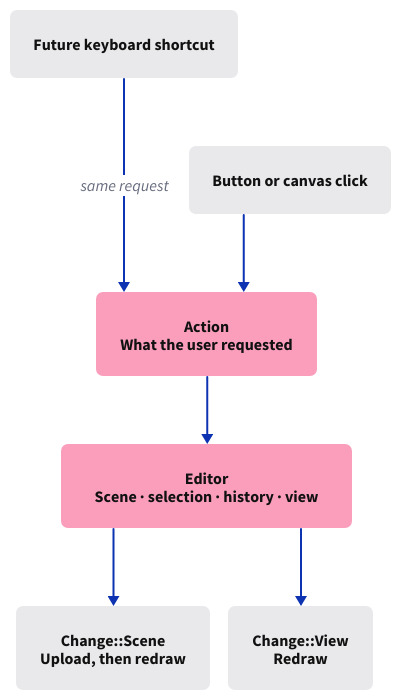
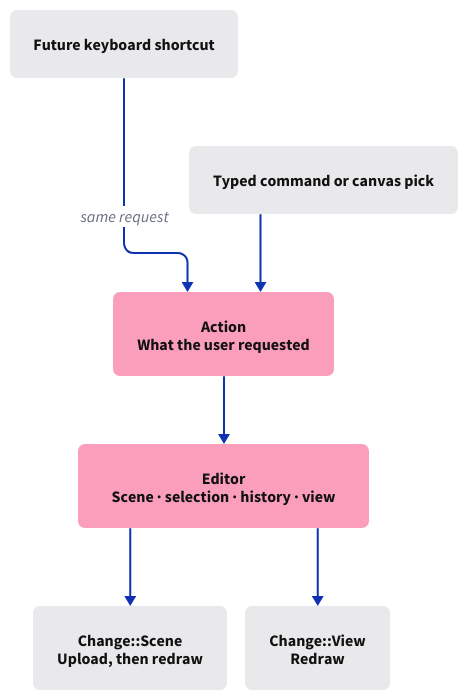
Before and after one commit to petrasvestartas/session: the diagram in session_viewer/docs/diagrams/journey-19.d2, drawn with D2. The commit also changed 363 other files, not shown here.

```diff
--- a/session_viewer/docs/diagrams/journey-19.d2
+++ b/session_viewer/docs/diagrams/journey-19.d2
@@ -1,18 +1,18 @@
 vars: { d2-config: { layout-engine: elk; pad: 20; theme-id: 0 } }
 style: { fill: "#ffffff" }
 classes: {
   box: { style: { fill: "#e9e9ec"; stroke: "#e9e9ec"; border-radius: 6; font-size: 16; font-color: "#111111" } }
   focus: { style: { fill: "#fa9ebc"; stroke: "#fa9ebc"; border-radius: 6; font-size: 16; font-color: "#111111" } }
 }
 direction: down
-button: "Button or canvas click" {class: box}
+button: "Typed command or canvas pick" {class: box}
 keyboard: "Future keyboard shortcut" {class: box}
 action: "Action\nWhat the user requested" {class: focus}
 editor: "Editor\nScene · selection · history · view" {class: focus}
 scene: "Change::Scene\nUpload, then redraw" {class: box}
 view: "Change::View\nRedraw" {class: box}
 button -> action
 keyboard -> action: "same request"
 action -> editor
 editor -> scene
 editor -> view
```
